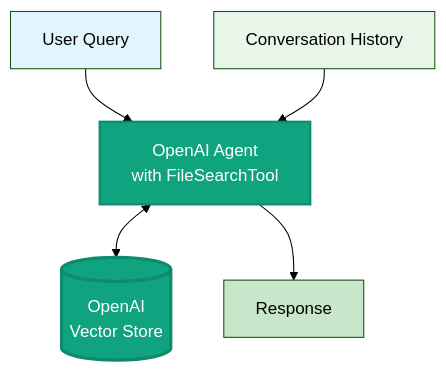
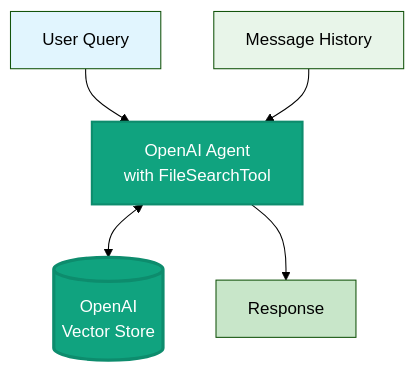
Before and after one commit to techybolek/child: the diagram in SPECS/diagrams/openai-agent-diagram.md, drawn with Mermaid (forest theme). The commit also changed 4 other files, not shown here.

Commit message:
chore: add pipeline diagrams and update CLAUDE.md

````diff
--- a/SPECS/diagrams/openai-agent-diagram.md
+++ b/SPECS/diagrams/openai-agent-diagram.md
@@ -3,16 +3,16 @@
 ```mermaid
 flowchart TD
     A[User Query] --> B[OpenAI Agent<br/>with FileSearchTool]
 
     B <--> VS[(OpenAI<br/>Vector Store)]
 
     B --> Z[Response]
 
-    HIST[Conversation History] --> B
+    HIST[Message History] --> B
 
     style A fill:#e1f5fe
     style Z fill:#c8e6c9
     style VS fill:#10a37f,stroke:#0d8c6d,stroke-width:3px,color:#fff
     style B fill:#10a37f,stroke:#0d8c6d,stroke-width:2px,color:#fff
     style HIST fill:#e8f5e9
 ```
````
